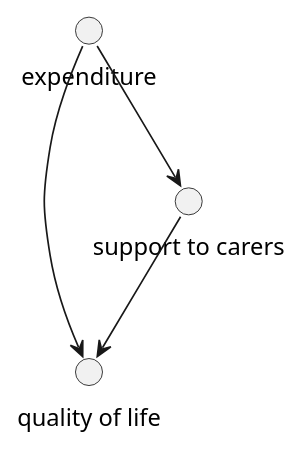
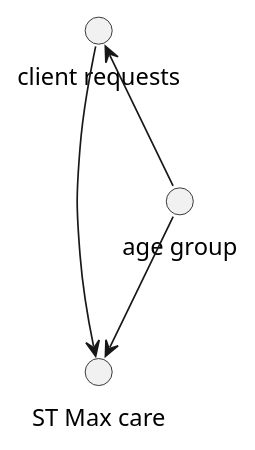
One commit to trubens71/verde changed the diagram in docs/uml/causal_network.puml. Above: the diagram before and after it, drawn with PlantUML. The commit also changed 61 other files, not shown here.

```diff
--- a/docs/uml/causal_network.puml
+++ b/docs/uml/causal_network.puml
@@ -1,10 +1,10 @@
 @startuml
-() "expenditure" as expenditure
-() "support to carers" as support
-() "quality of life" as qol
+() "age group" as age
+() "ST Max care" as stmax
+() "client requests" as requests
 
-expenditure -d-> support
-expenditure -r-> qol
-support --> qol
+age -u-> requests
+requests -r-> stmax
+age --> stmax
 
 @enduml
```
